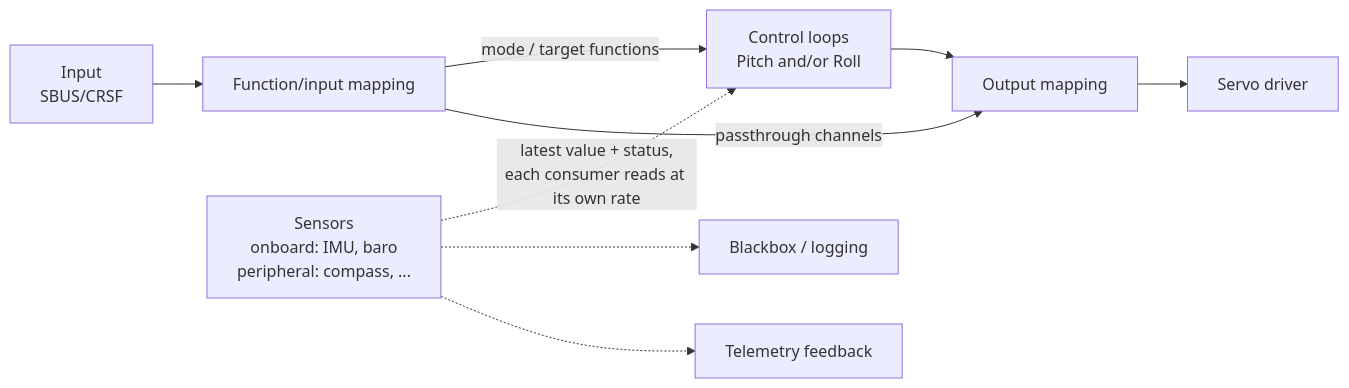
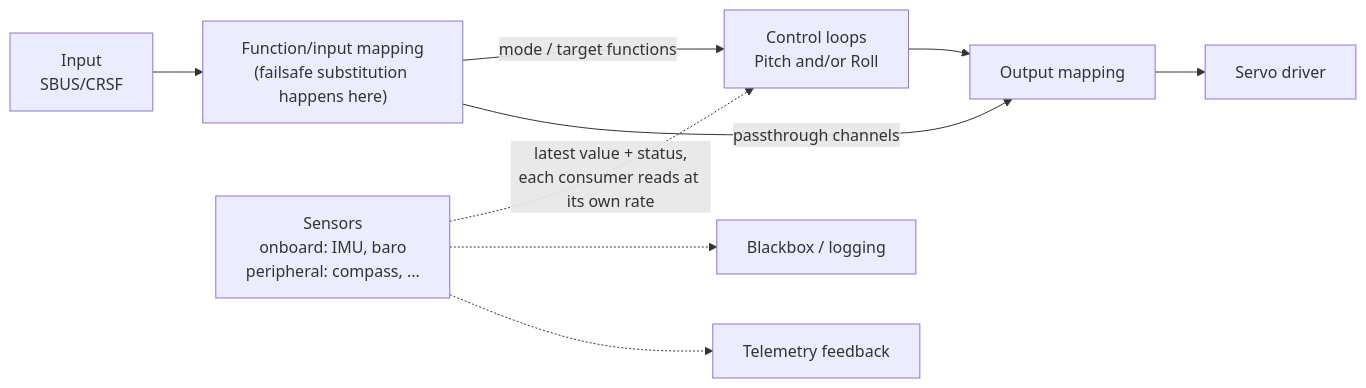
Before and after one commit to heimdall-suite/heimdall-helm: the diagram in .docs/architecture.md, drawn with Mermaid. The commit also changed other lines of this file, not shown here.

First line of the commit message:
Document failsafe: substitution point, RX status tiers, open items

````diff
--- a/.docs/architecture.md
+++ b/.docs/architecture.md
@@ -7,21 +7,21 @@
 ```mermaid
 flowchart LR
     RX["Input<br/>SBUS/CRSF"]
-    MAP["Function/input mapping"]
+    MAP["Function/input mapping<br/>(failsafe substitution happens here)"]
     CTRL["Control loops<br/>Pitch and/or Roll"]
     OUT["Output mapping"]
     SERVO["Servo driver"]
     SENS["Sensors<br/>onboard: IMU, baro<br/>peripheral: compass, ..."]
     LOG["Blackbox / logging"]
     TEL["Telemetry feedback"]
 
     RX --> MAP
     MAP -->|"mode / target functions"| CTRL
     MAP -->|"passthrough channels"| OUT
     CTRL --> OUT
     OUT --> SERVO
 
     SENS -.->|"latest value + status,<br/>each consumer reads at its own rate"| CTRL
     SENS -.-> LOG
     SENS -.-> TEL
 ```
````
